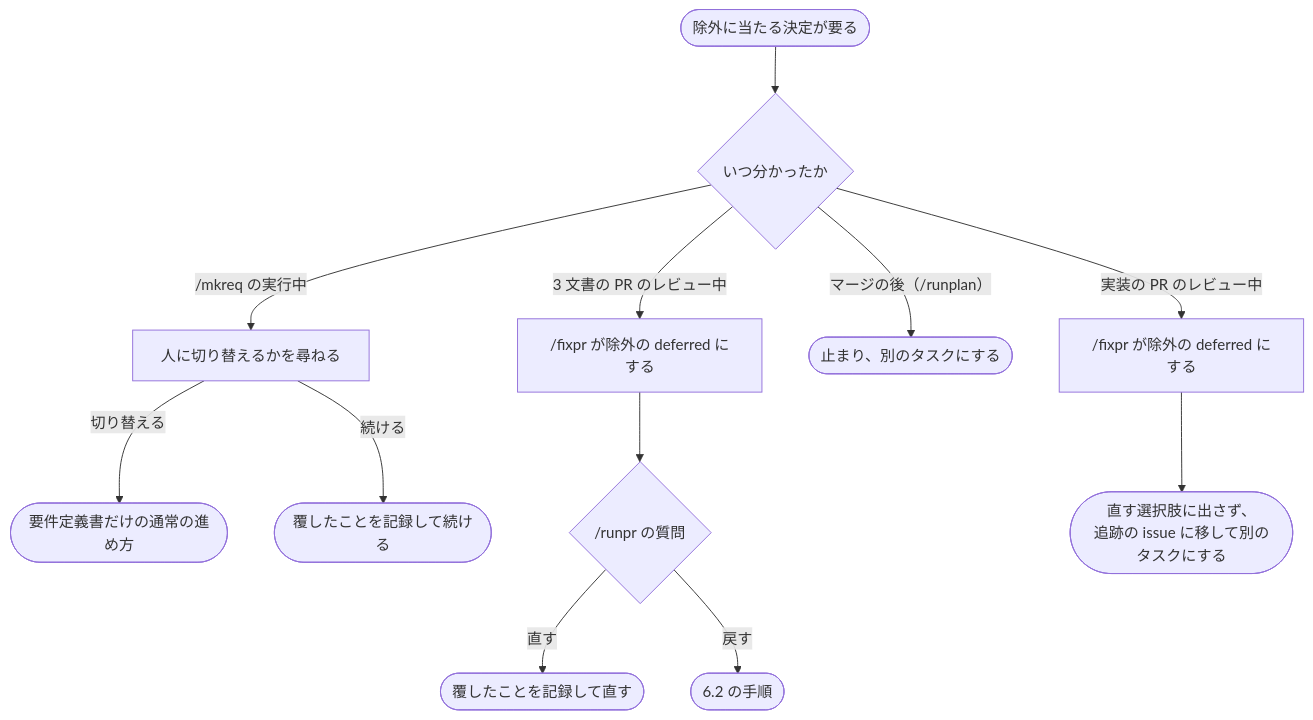
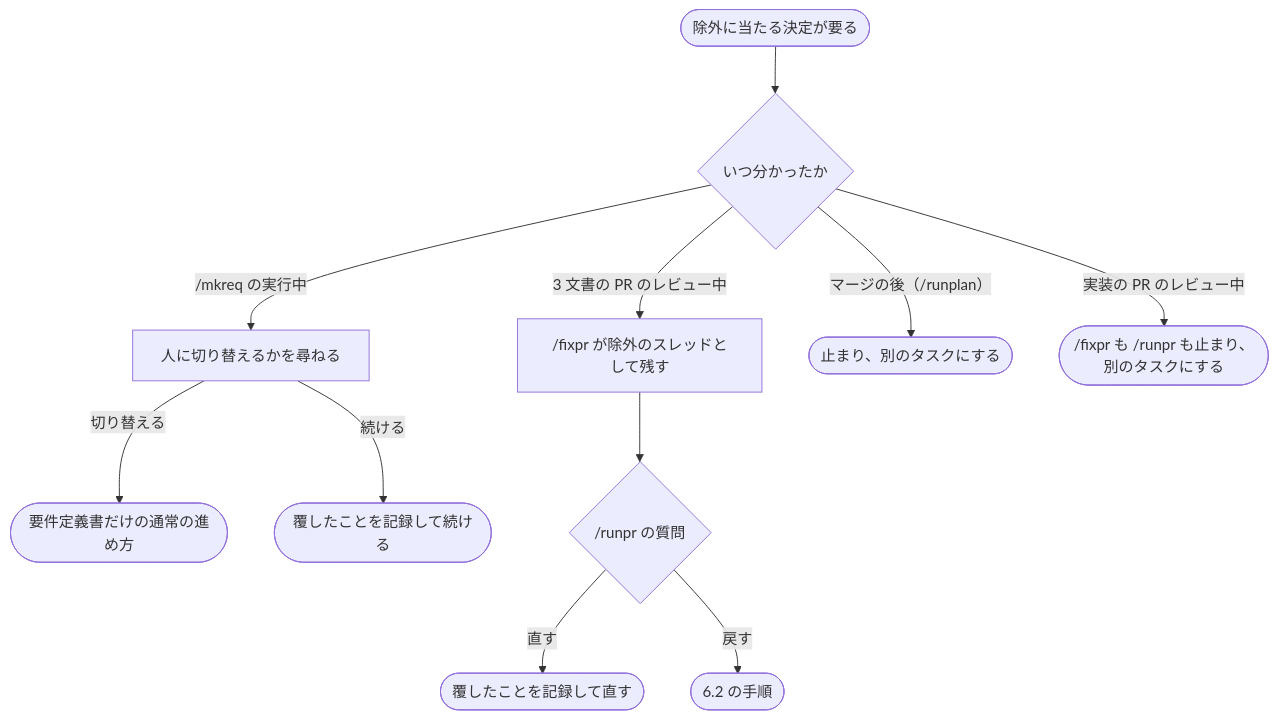
One commit to isseis/yt2column changed the seventh of 7 diagrams in docs/tasks/0072_simple_task_documents/02_architecture.md. Above: the diagram before and after it, drawn with Mermaid. The commit also changed other lines of this file and 1 other file, not shown here.

First line of the commit message:
docs(0072): address the design review of the simplified task-document flow

````diff
--- a/docs/tasks/0072_simple_task_documents/02_architecture.md
+++ b/docs/tasks/0072_simple_task_documents/02_architecture.md
@@ -492,14 +574,13 @@
 ```mermaid
 flowchart TD
     Found(["除外に当たる決定が要る"]) --> When{"いつ分かったか"}
     When -->|"/mkreq の実行中"| A1["人に切り替えるかを尋ねる"]
     A1 -->|"切り替える"| A2(["要件定義書だけの通常の進め方"])
     A1 -->|"続ける"| A3(["覆したことを記録して続ける"])
-    When -->|"3 文書の PR のレビュー中"| B1["/fixpr が除外の deferred にする"]
+    When -->|"3 文書の PR のレビュー中"| B1["/fixpr が除外のスレッドとして残す"]
     B1 --> B2{"/runpr の質問"}
     B2 -->|"直す"| B3(["覆したことを記録して直す"])
     B2 -->|"戻す"| B4(["6.2 の手順"])
     When -->|"マージの後（/runplan）"| C1(["止まり、別のタスクにする"])
-    When -->|"実装の PR のレビュー中"| D1["/fixpr が除外の deferred にする"]
-    D1 --> D2(["直す選択肢に出さず、<br>追跡の issue に移して別のタスクにする"])
+    When -->|"実装の PR のレビュー中"| D1(["/fixpr も /runpr も止まり、<br>別のタスクにする"])
 ```
````
